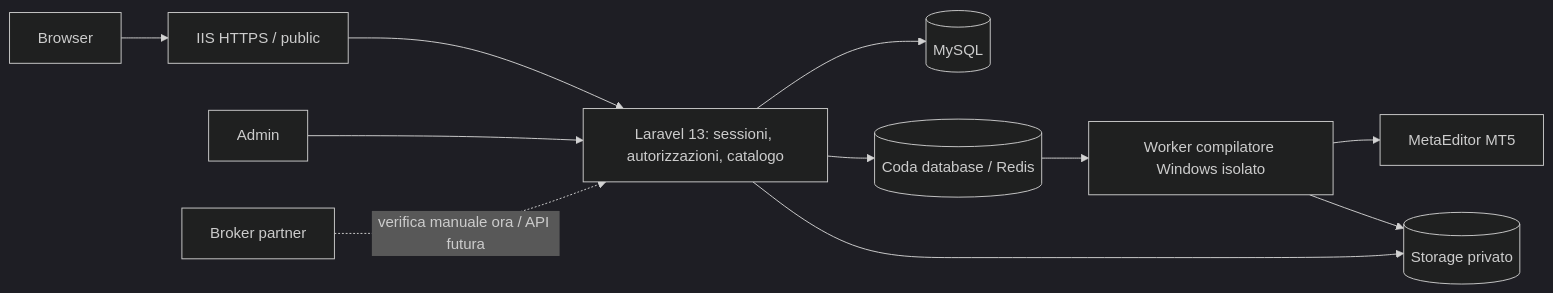
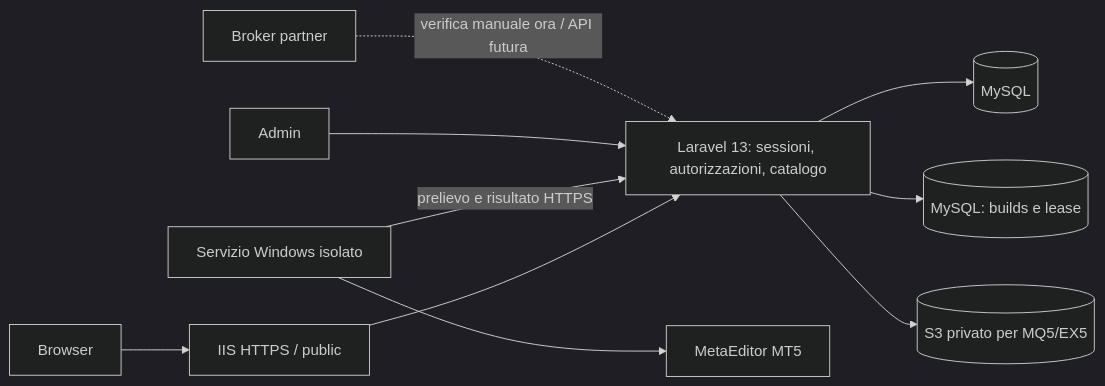
One commit to andreafaccina/ea-archive changed the diagram in docs/ARCHITECTURE.md. Above: the diagram before and after it, drawn with Mermaid (dark theme). The commit also changed other lines of this file and 59 other files, not shown here.

````diff
--- a/docs/ARCHITECTURE.md
+++ b/docs/ARCHITECTURE.md
@@ -13,13 +13,12 @@
 ```mermaid
 flowchart LR
  B[Browser] --> W[IIS HTTPS / public]
  W --> L[Laravel 13: sessioni, autorizzazioni, catalogo]
  L --> D[(MySQL)]
- L --> Q[(Coda database / Redis)]
- L --> S[(Storage privato)]
- Q --> C[Worker compilatore Windows isolato]
+ L --> Q[(MySQL: builds e lease)]
+ L --> S[(S3 privato per MQ5/EX5)]
+ C[Servizio Windows isolato] -->|prelievo e risultato HTTPS| L
  C --> M[MetaEditor MT5]
- C --> S
  A[Admin] --> L
  P[Broker partner] -. verifica manuale ora / API futura .-> L
 ```
````
